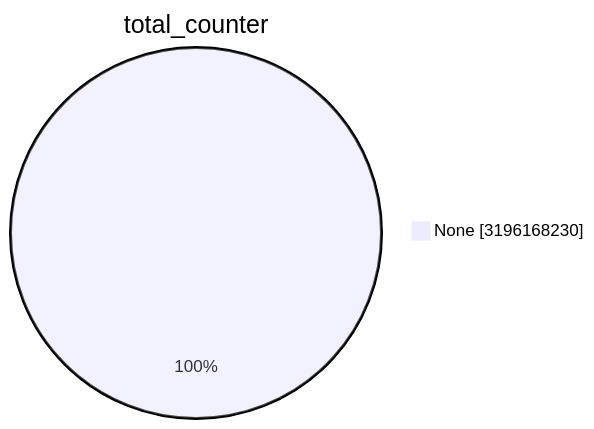
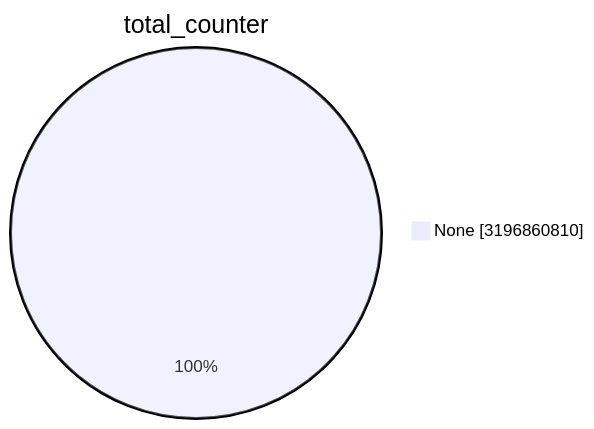
Before and after one commit to christiankrug/ctmonitor_visualization: the first of 15 diagrams in TOTAL/README.md, drawn with Mermaid. The commit also changed other lines of this file, not shown here.

````diff
--- a/TOTAL/README.md
+++ b/TOTAL/README.md
@@ -1,5 +1,5 @@
 ```mermaid
 pie showData
 title total_counter
-"None" :3196168230
+"None" :3196860810
 ```
````
